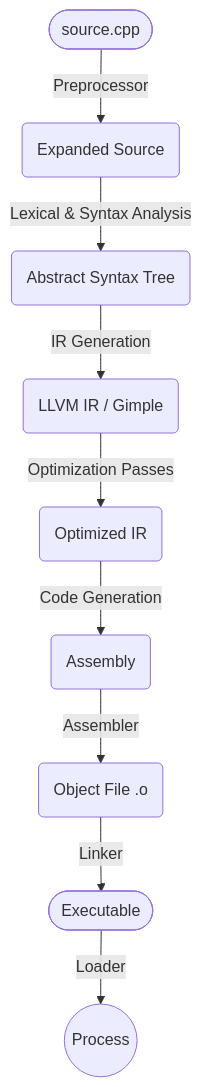
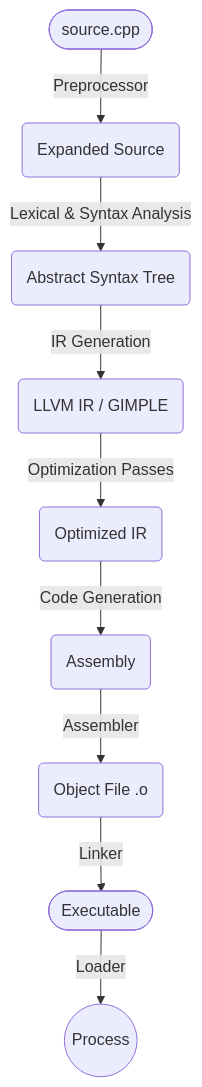
Before and after one commit to RustamSheoran/cpp-roadmap: the second of 7 diagrams in README.md, drawn with Mermaid. The commit also changed other lines of this file, not shown here.

````diff
--- a/README.md
+++ b/README.md
@@ -153,11 +209,11 @@
 ```mermaid
 flowchart TD
     A([source.cpp]) -->|Preprocessor| B(Expanded Source)
     B -->|Lexical & Syntax Analysis| AST(Abstract Syntax Tree)
-    AST -->|IR Generation| IR(LLVM IR / Gimple)
+    AST -->|IR Generation| IR(LLVM IR / GIMPLE)
     IR -->|Optimization Passes| OPT(Optimized IR)
     OPT -->|Code Generation| C(Assembly)
     C -->|Assembler| D(Object File .o)
     D -->|Linker| E([Executable])
     E -->|Loader| F((Process))
 ```
````
